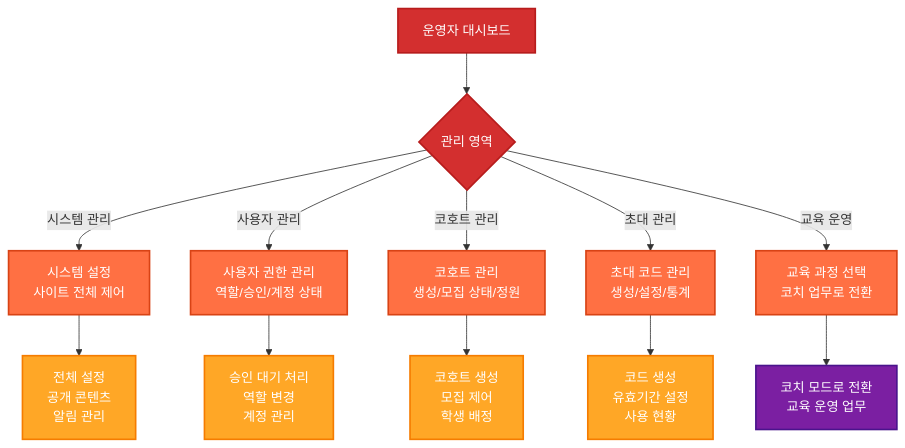
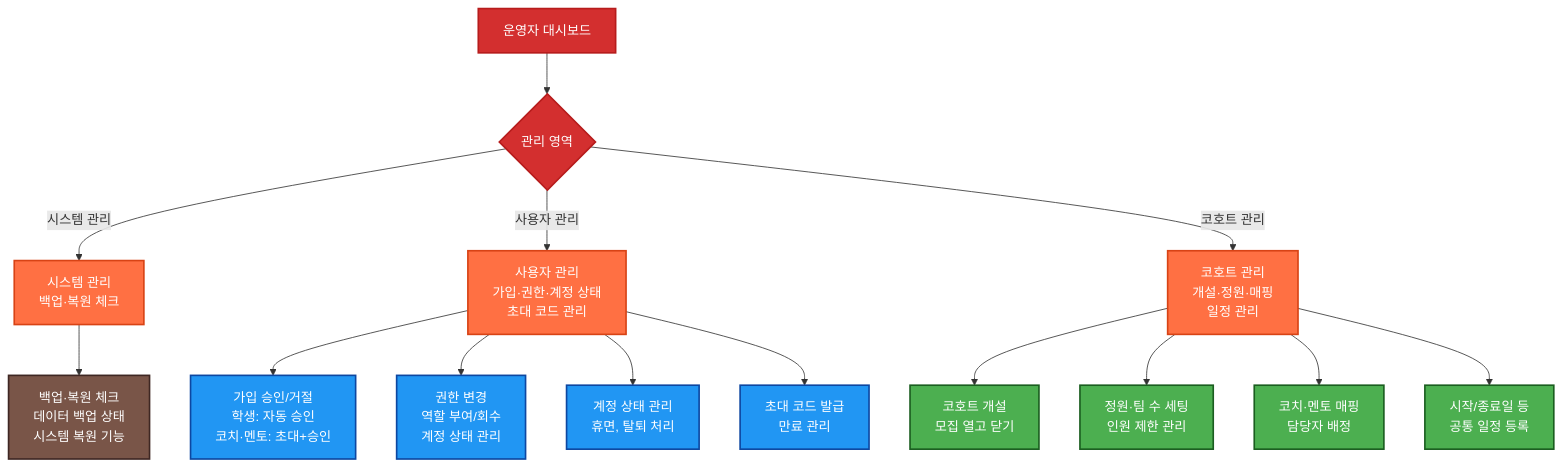
The second of 6 diagrams in .cursor/flow.md (Chwijung/Wireframe), drawn with Mermaid before and after one commit. The commit also changed 19 other files, not shown here.

````diff
--- a/.cursor/flow.md
+++ b/.cursor/flow.md
@@ -50,27 +50,32 @@
 ```mermaid
 flowchart TD
     ADMIN_DASH[운영자 대시보드] --> ADMIN_MENU{관리 영역}
     
-    ADMIN_MENU -->|시스템 관리| SYS_MGMT[시스템 설정<br/>사이트 전체 제어]
-    ADMIN_MENU -->|사용자 관리| USER_MGMT[사용자 권한 관리<br/>역할/승인/계정 상태]
-    ADMIN_MENU -->|코호트 관리| COHORT_MGMT[코호트 관리<br/>생성/모집 상태/정원]
-    ADMIN_MENU -->|초대 관리| INVITE_MGMT[초대 코드 관리<br/>생성/설정/통계]
-    ADMIN_MENU -->|교육 운영| EDU_MGMT[교육 과정 선택<br/>코치 업무로 전환]
+    ADMIN_MENU -->|시스템 관리| SYS_MGMT[시스템 관리<br/>백업·복원 체크]
+    ADMIN_MENU -->|사용자 관리| USER_MGMT[사용자 관리<br/>가입·권한·계정 상태<br/>초대 코드 관리]
+    ADMIN_MENU -->|코호트 관리| COHORT_MGMT[코호트 관리<br/>개설·정원·매핑<br/>일정 관리]
     
-    SYS_MGMT --> SYS_SETTING[전체 설정<br/>공개 콘텐츠<br/>알림 관리]
-    USER_MGMT --> USER_APPROVAL[승인 대기 처리<br/>역할 변경<br/>계정 관리]
-    COHORT_MGMT --> COHORT_SETTING[코호트 생성<br/>모집 제어<br/>학생 배정]
-    INVITE_MGMT --> INVITE_SETTING[코드 생성<br/>유효기간 설정<br/>사용 현황]
+    SYS_MGMT --> SYS_DETAIL[백업·복원 체크<br/>데이터 백업 상태<br/>시스템 복원 기능]
     
-    EDU_MGMT --> COACH_FLOW[코치 모드로 전환<br/>교육 운영 업무]
+    USER_MGMT --> USER_APPROVAL[가입 승인/거절<br/>학생: 자동 승인<br/>코치·멘토: 초대+승인]
+    USER_MGMT --> USER_PERMISSION[권한 변경<br/>역할 부여/회수<br/>계정 상태 관리]
+    USER_MGMT --> USER_ACCOUNT[계정 상태 관리<br/>휴면, 탈퇴 처리]
+    USER_MGMT --> USER_INVITE[초대 코드 발급<br/>만료 관리]
+    
+    COHORT_MGMT --> COHORT_OPEN[코호트 개설<br/>모집 열고 닫기]
+    COHORT_MGMT --> COHORT_SETTING[정원·팀 수 세팅<br/>인원 제한 관리]
+    COHORT_MGMT --> COHORT_MAPPING[코치·멘토 매핑<br/>담당자 배정]
+    COHORT_MGMT --> COHORT_SCHEDULE[시작/종료일 등<br/>공통 일정 등록]
     
     classDef admin fill:#d32f2f,stroke:#b71c1c,stroke-width:2px,color:#ffffff
     classDef mgmt fill:#ff7043,stroke:#d84315,stroke-width:2px,color:#ffffff
-    classDef setting fill:#ffa726,stroke:#f57c00,stroke-width:2px,color:#ffffff
-    classDef coach fill:#7b1fa2,stroke:#4a148c,stroke-width:2px,color:#ffffff
+    classDef sys fill:#795548,stroke:#3e2723,stroke-width:2px,color:#ffffff
+    classDef user fill:#2196f3,stroke:#0d47a1,stroke-width:2px,color:#ffffff
+    classDef cohort fill:#4caf50,stroke:#1b5e20,stroke-width:2px,color:#ffffff
     
     class ADMIN_DASH,ADMIN_MENU admin
-    class SYS_MGMT,USER_MGMT,COHORT_MGMT,INVITE_MGMT,EDU_MGMT mgmt
-    class SYS_SETTING,USER_APPROVAL,COHORT_SETTING,INVITE_SETTING setting
-    class COACH_FLOW coach
+    class SYS_MGMT,USER_MGMT,COHORT_MGMT mgmt
+    class SYS_DETAIL sys
+    class USER_APPROVAL,USER_PERMISSION,USER_ACCOUNT,USER_INVITE user
+    class COHORT_OPEN,COHORT_SETTING,COHORT_MAPPING,COHORT_SCHEDULE cohort
 ```
````
